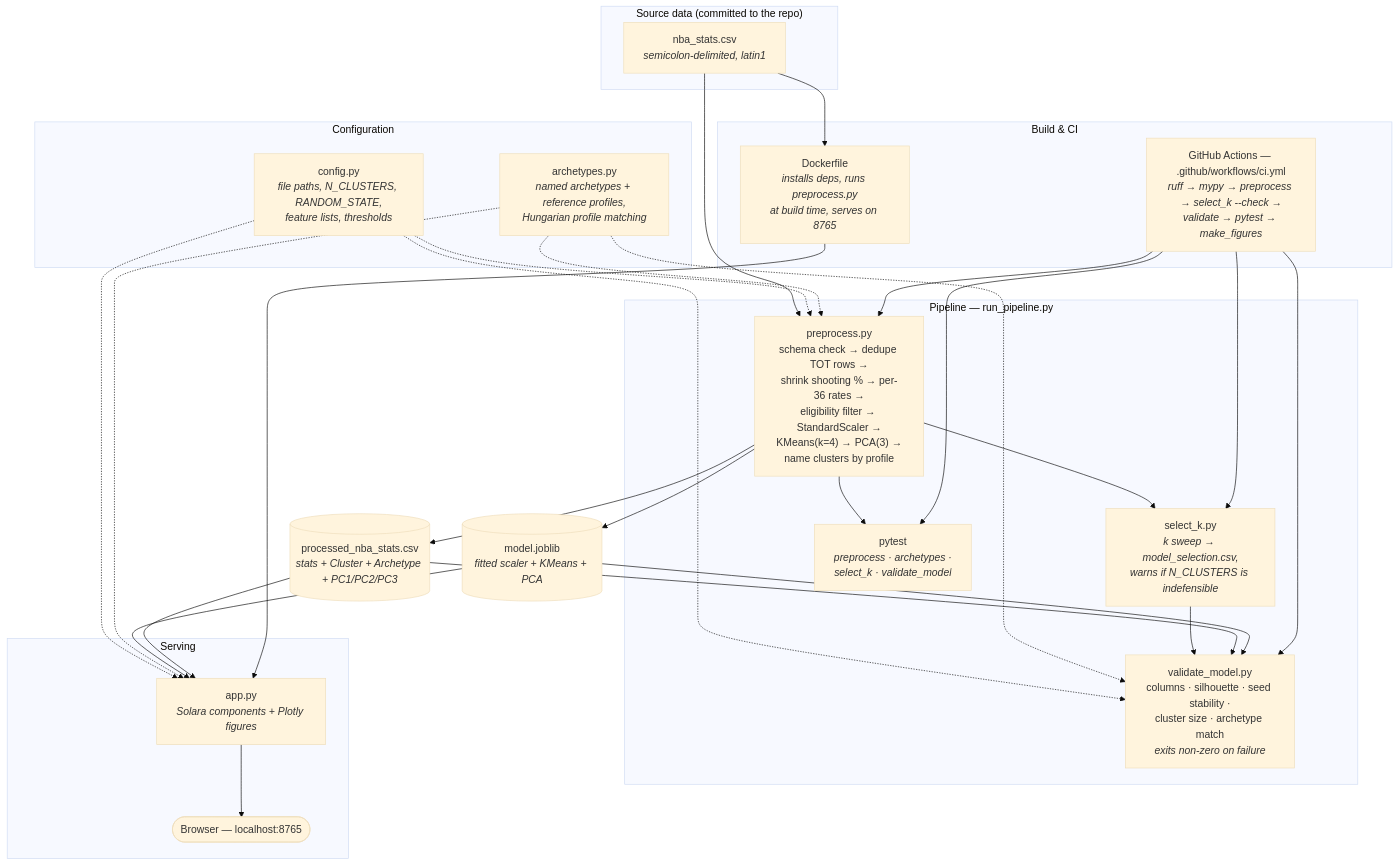
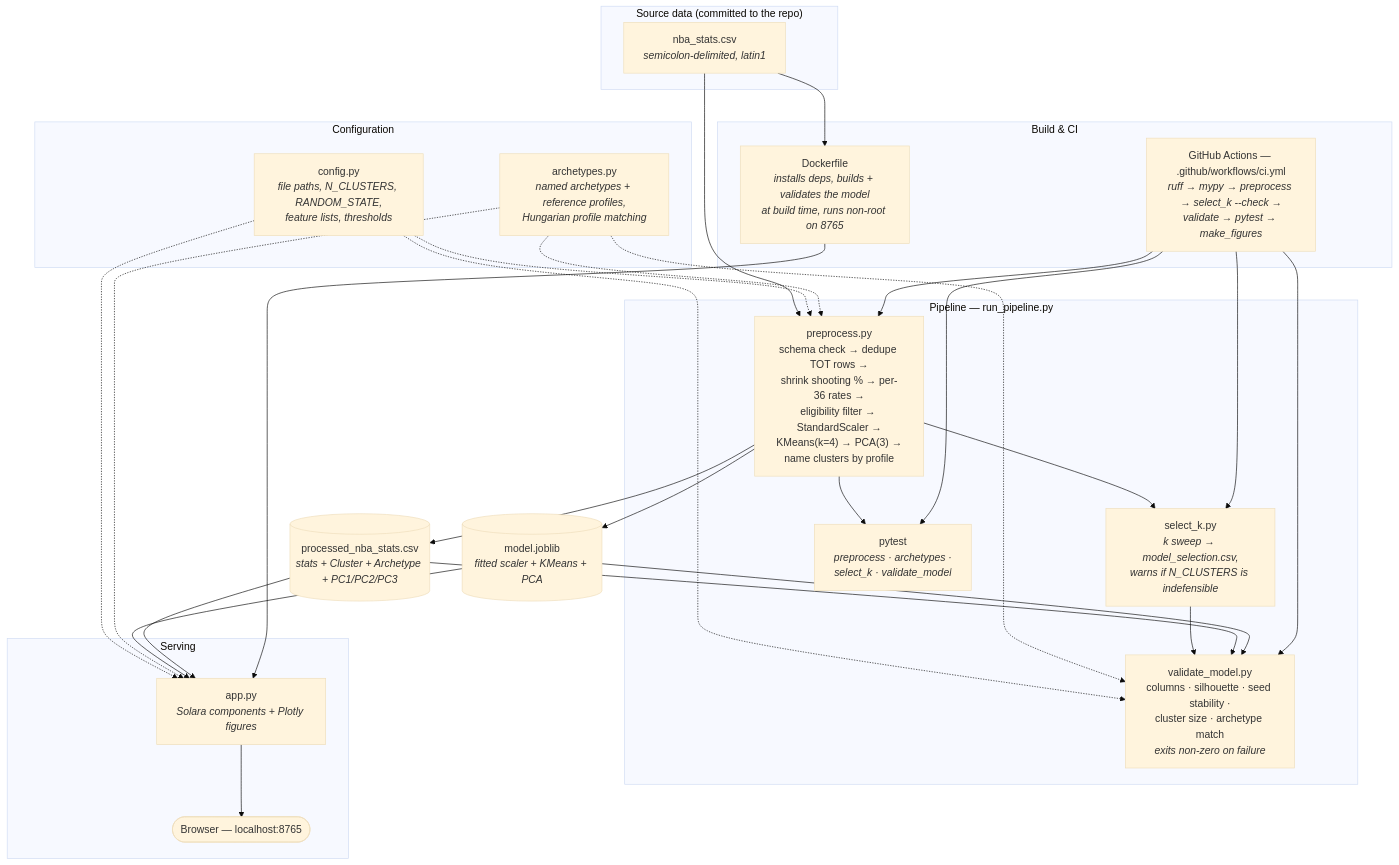
One commit to thompgt/nba-player-clustering changed the diagram in README.md. Above: the diagram before and after it, drawn with Mermaid (base theme). The commit also changed other lines of this file and 2 other files, not shown here.

First line of the commit message:
Validate the model in the Docker build and drop root (#20)

````diff
--- a/README.md
+++ b/README.md
@@ -29,55 +29,55 @@
 ```mermaid
 flowchart TD
     subgraph src["Source data (committed to the repo)"]
         RAW["nba_stats.csv<br/><i>semicolon-delimited, latin1</i>"]
     end
 
     subgraph cfg["Configuration"]
         CONFIG["config.py<br/><i>file paths, N_CLUSTERS, RANDOM_STATE,<br/>feature lists, thresholds</i>"]
         ARCH["archetypes.py<br/><i>named archetypes + reference profiles,<br/>Hungarian profile matching</i>"]
     end
 
     subgraph pipe["Pipeline — run_pipeline.py"]
         PRE["preprocess.py<br/>schema check → dedupe TOT rows →<br/>shrink shooting % → per-36 rates →<br/>eligibility filter → StandardScaler →<br/>KMeans(k=4) → PCA(3) →<br/>name clusters by profile"]
         SEL["select_k.py<br/><i>k sweep → model_selection.csv,<br/>warns if N_CLUSTERS is indefensible</i>"]
         VAL["validate_model.py<br/>columns · silhouette · seed stability ·<br/>cluster size · archetype match<br/><i>exits non-zero on failure</i>"]
         TEST["pytest<br/><i>preprocess · archetypes ·<br/>select_k · validate_model</i>"]
     end
 
     PROC[("processed_nba_stats.csv<br/><i>stats + Cluster + Archetype + PC1/PC2/PC3</i>")]
     MODEL[("model.joblib<br/><i>fitted scaler + KMeans + PCA</i>")]
 
     subgraph serve["Serving"]
         APP["app.py<br/><i>Solara components + Plotly figures</i>"]
         BROWSER(["Browser — localhost:8765"])
     end
 
     subgraph ops["Build & CI"]
-        DOCKER["Dockerfile<br/><i>installs deps, runs preprocess.py<br/>at build time, serves on 8765</i>"]
+        DOCKER["Dockerfile<br/><i>installs deps, builds + validates the model<br/>at build time, runs non-root on 8765</i>"]
         CI["GitHub Actions — .github/workflows/ci.yml<br/><i>ruff → mypy → preprocess → select_k --check →<br/>validate → pytest → make_figures</i>"]
     end
 
     RAW --> PRE
     CONFIG -.-> PRE
     CONFIG -.-> VAL
     CONFIG -.-> APP
     ARCH -.-> PRE
     ARCH -.-> VAL
     ARCH -.-> APP
     PRE --> PROC
     PRE --> MODEL
     PRE --> SEL
     SEL --> VAL
     PROC --> VAL
     MODEL --> VAL
     MODEL --> APP
     PRE --> TEST
     PROC --> APP
     APP --> BROWSER
     RAW --> DOCKER
     DOCKER --> APP
     CI --> PRE
     CI --> SEL
     CI --> VAL
     CI --> TEST
 ```
````
